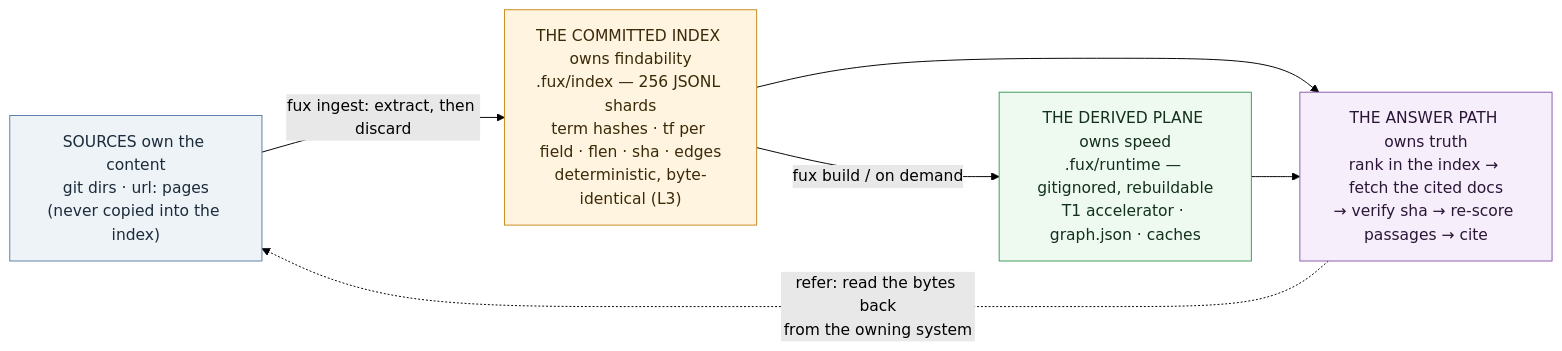
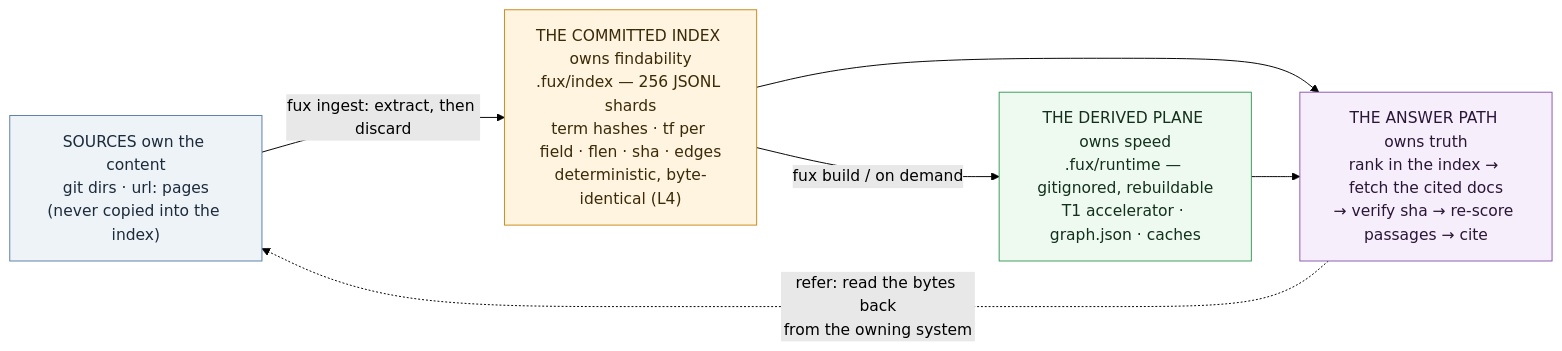
The diagram in docs/paper/figures/src/fig-01-index-and-refer.mmd (arpitarya/fux), drawn with Mermaid (forest theme) before and after one commit. The commit also changed 351 other files, not shown here.

```diff
--- a/docs/paper/figures/src/fig-01-index-and-refer.mmd
+++ b/docs/paper/figures/src/fig-01-index-and-refer.mmd
@@ -1,14 +1,14 @@
 flowchart LR
   classDef src fill:#eef3f8,stroke:#5b7fa6,color:#1c2b3a
   classDef idx fill:#fff4e0,stroke:#c98a1b,color:#3a2a08
   classDef loc fill:#eefaf0,stroke:#3f9a5a,color:#12301c
   classDef ans fill:#f6eefa,stroke:#8a5bb0,color:#2b1638
   S["SOURCES own the content<br/>git dirs · url: pages<br/>(never copied into the index)"]:::src
-  I["THE COMMITTED INDEX owns findability<br/>.fux/index — 256 JSONL shards<br/>term hashes · tf per field · flen · sha · edges<br/>deterministic, byte-identical (L3)"]:::idx
+  I["THE COMMITTED INDEX owns findability<br/>.fux/index — 256 JSONL shards<br/>term hashes · tf per field · flen · sha · edges<br/>deterministic, byte-identical (L4)"]:::idx
   L["THE DERIVED PLANE owns speed<br/>.fux/runtime — gitignored, rebuildable<br/>T1 accelerator · graph.json · caches"]:::loc
   A["THE ANSWER PATH owns truth<br/>rank in the index → fetch the cited docs<br/>→ verify sha → re-score passages → cite"]:::ans
   S -- "fux ingest: extract, then discard" --> I
   I -- "fux build / on demand" --> L
   I --> A
   L --> A
   A -. "refer: read the bytes back<br/>from the owning system" .-> S
```
